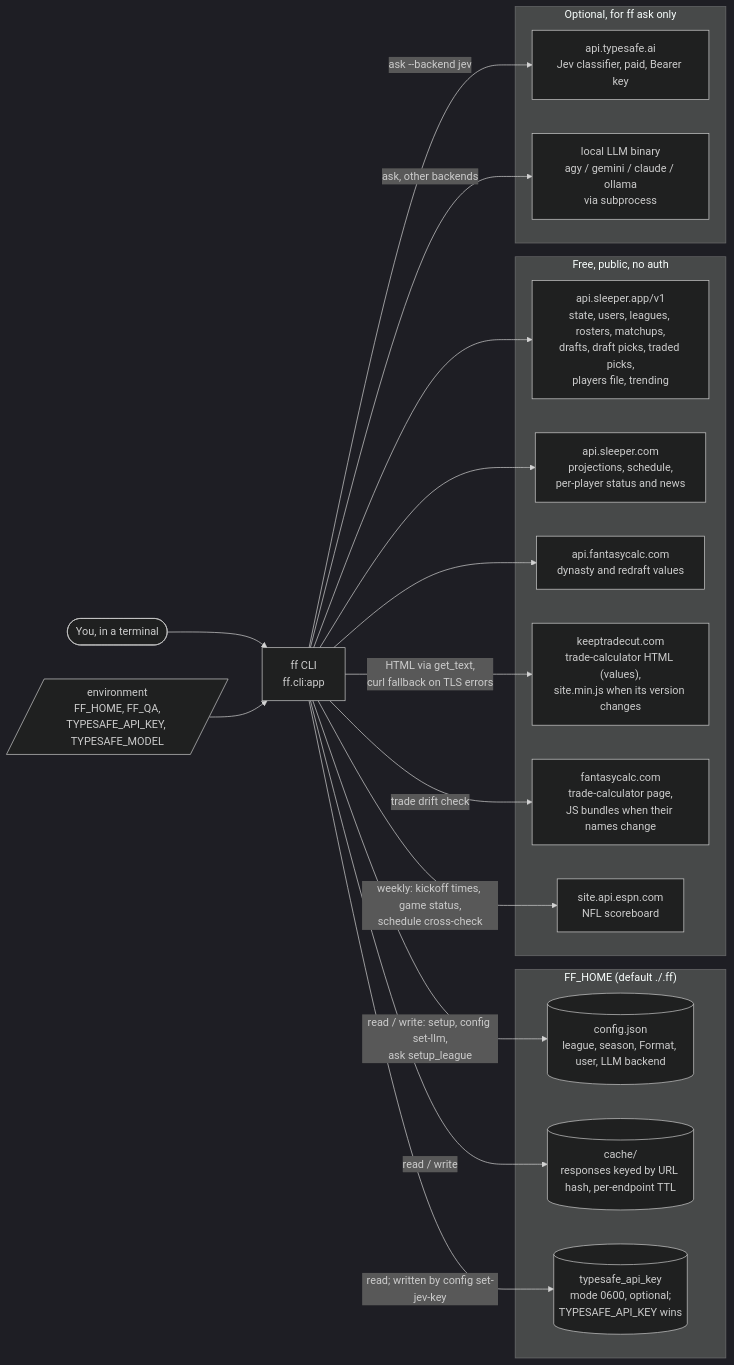
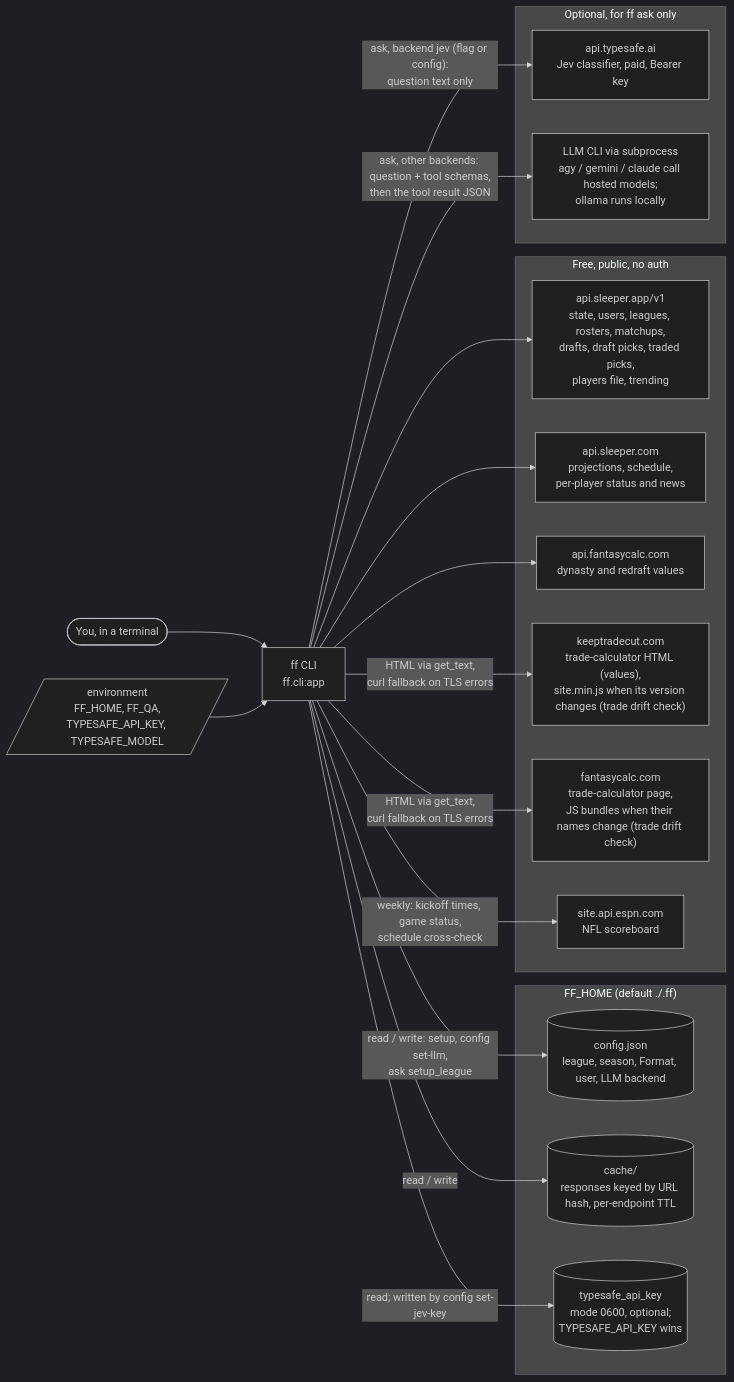
Before and after one commit to savvides/ff: the first of 7 diagrams in docs/architecture.md, drawn with Mermaid (dark theme).

Commit message:
docs: clarify LLM subprocesses and provider endpoints in architecture diagram

````diff
--- a/docs/architecture.md
+++ b/docs/architecture.md
@@ -16,37 +16,37 @@
 ```mermaid
 flowchart LR
   user(["You, in a terminal"]) --> ff["ff CLI<br/>ff.cli:app"]
   env[/"environment<br/>FF_HOME, FF_QA,<br/>TYPESAFE_API_KEY, TYPESAFE_MODEL"/] --> ff
 
   subgraph home["FF_HOME (default ./.ff)"]
     cfg[("config.json<br/>league, season, Format, user, LLM backend")]
     cache[("cache/<br/>responses keyed by URL hash, per-endpoint TTL")]
     key[("typesafe_api_key<br/>mode 0600, optional;<br/>TYPESAFE_API_KEY wins")]
   end
 
   subgraph free["Free, public, no auth"]
     sapp["api.sleeper.app/v1<br/>state, users, leagues, rosters, matchups,<br/>drafts, draft picks, traded picks,<br/>players file, trending"]
     scom["api.sleeper.com<br/>projections, schedule,<br/>per-player status and news"]
     fcapi["api.fantasycalc.com<br/>dynasty and redraft values"]
-    ktc["keeptradecut.com<br/>trade-calculator HTML (values),<br/>site.min.js when its version changes"]
-    fcsite["fantasycalc.com<br/>trade-calculator page,<br/>JS bundles when their names change"]
+    ktc["keeptradecut.com<br/>trade-calculator HTML (values),<br/>site.min.js when its version changes (trade drift check)"]
+    fcsite["fantasycalc.com<br/>trade-calculator page,<br/>JS bundles when their names change (trade drift check)"]
     espn["site.api.espn.com<br/>NFL scoreboard"]
   end
 
   subgraph opt["Optional, for ff ask only"]
     tsafe["api.typesafe.ai<br/>Jev classifier, paid, Bearer key"]
-    local["local LLM binary<br/>agy / gemini / claude / ollama<br/>via subprocess"]
+    local["LLM CLI via subprocess<br/>agy / gemini / claude call hosted models;<br/>ollama runs locally"]
   end
 
   ff -->|"read / write: setup, config set-llm,<br/>ask setup_league"| cfg
   ff -->|read / write| cache
   ff -->|"read; written by config set-jev-key"| key
   ff --> sapp
   ff --> scom
   ff --> fcapi
   ff -->|"HTML via get_text,<br/>curl fallback on TLS errors"| ktc
-  ff -->|"trade drift check"| fcsite
+  ff -->|"HTML via get_text,<br/>curl fallback on TLS errors"| fcsite
   ff -->|"weekly: kickoff times, game status,<br/>schedule cross-check"| espn
-  ff -->|ask --backend jev| tsafe
-  ff -->|ask, other backends| local
+  ff -->|"ask, backend jev (flag or config):<br/>question text only"| tsafe
+  ff -->|"ask, other backends: question + tool schemas,<br/>then the tool result JSON"| local
 ```
````
